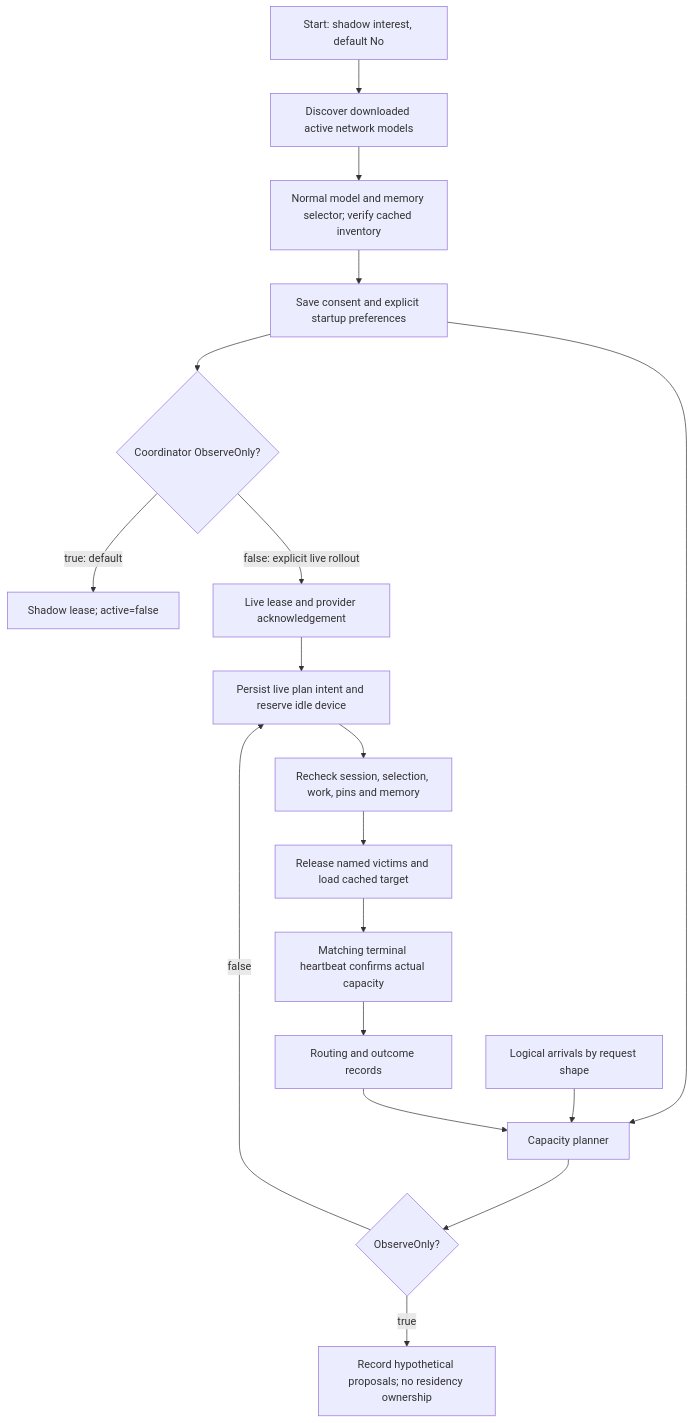
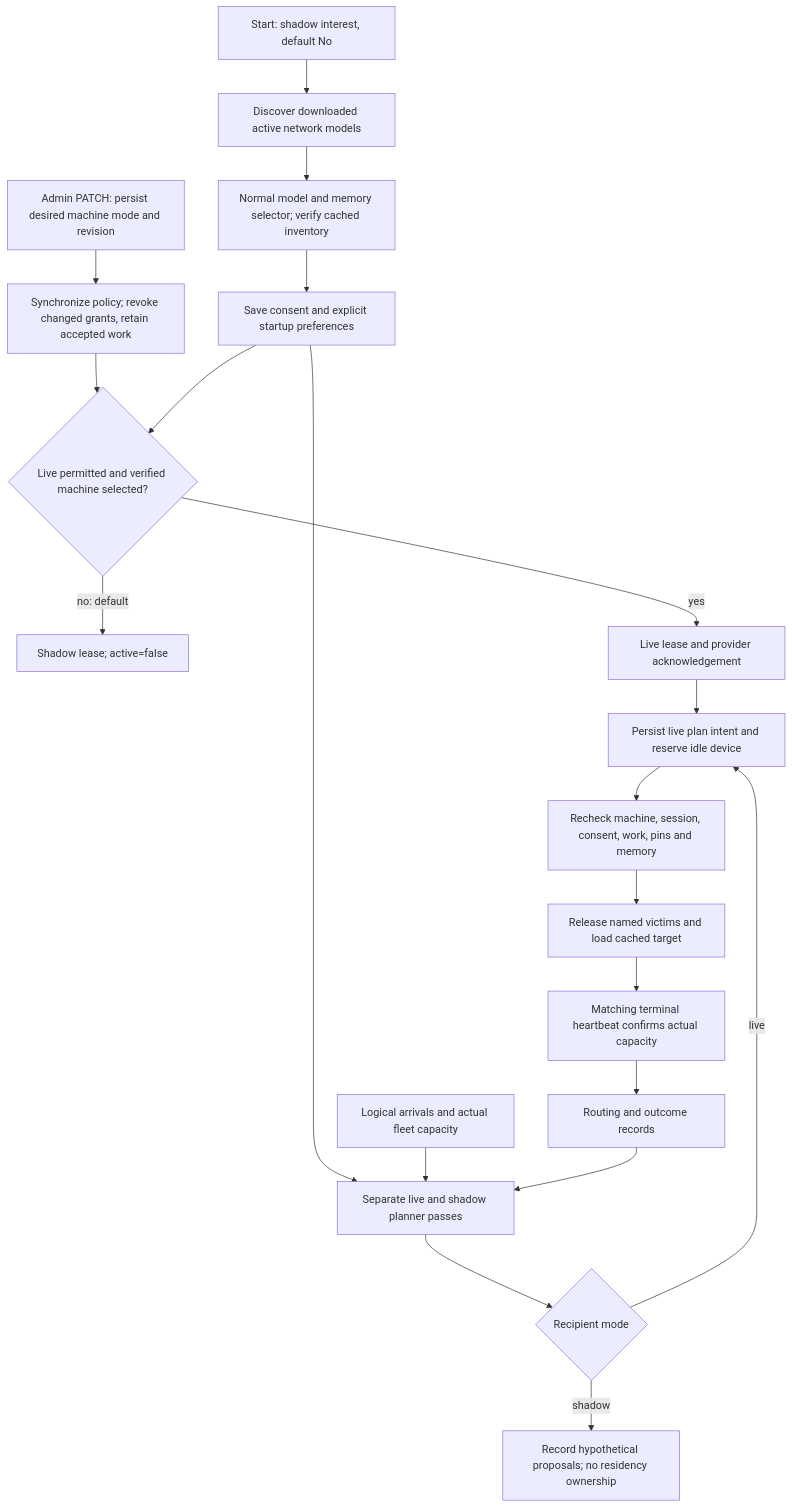
Before and after one commit to Layr-Labs/d-inference: the diagram in docs/architecture/model-autopilot.md, drawn with Mermaid. The commit also changed other lines of this file and 89 other files, not shown here.

First line of the commit message:
Persist machine-scoped Autopilot controls behind admin API (#1389)

````diff
--- a/docs/architecture/model-autopilot.md
+++ b/docs/architecture/model-autopilot.md
@@ -20,20 +20,22 @@
 ```mermaid
 flowchart TD
   A["Start: shadow interest, default No"] --> B["Discover downloaded active network models"]
   B --> C["Normal model and memory selector; verify cached inventory"]
   C --> D["Save consent and explicit startup preferences"]
-  D --> E{"Coordinator ObserveOnly?"}
-  D --> G["Capacity planner"]
-  F["Logical arrivals by request shape"] --> G["Capacity planner"]
-  E -->|"true: default"| S["Shadow lease; active=false"]
-  E -->|"false: explicit live rollout"| V["Live lease and provider acknowledgement"]
+  M["Admin PATCH: persist desired machine mode and revision"] --> N["Synchronize policy; revoke changed grants, retain accepted work"]
+  N --> E
+  D --> E{"Live permitted and verified machine selected?"}
+  D --> G["Separate live and shadow planner passes"]
+  F["Logical arrivals and actual fleet capacity"] --> G
+  E -->|"no: default"| S["Shadow lease; active=false"]
+  E -->|"yes"| V["Live lease and provider acknowledgement"]
   V --> H
-  G --> R{"ObserveOnly?"}
-  R -->|"true"| P["Record hypothetical proposals; no residency ownership"]
-  R -->|"false"| H["Persist live plan intent and reserve idle device"]
-  H --> I["Recheck session, selection, work, pins and memory"]
+  G --> R{"Recipient mode"}
+  R -->|"shadow"| P["Record hypothetical proposals; no residency ownership"]
+  R -->|"live"| H["Persist live plan intent and reserve idle device"]
+  H --> I["Recheck machine, session, consent, work, pins and memory"]
   I --> J["Release named victims and load cached target"]
   J --> K["Matching terminal heartbeat confirms actual capacity"]
   K --> L["Routing and outcome records"]
   L --> G
 ```
````
